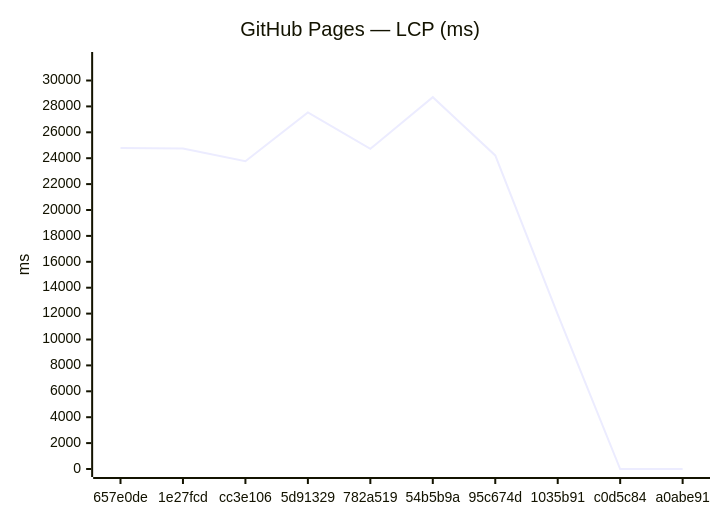
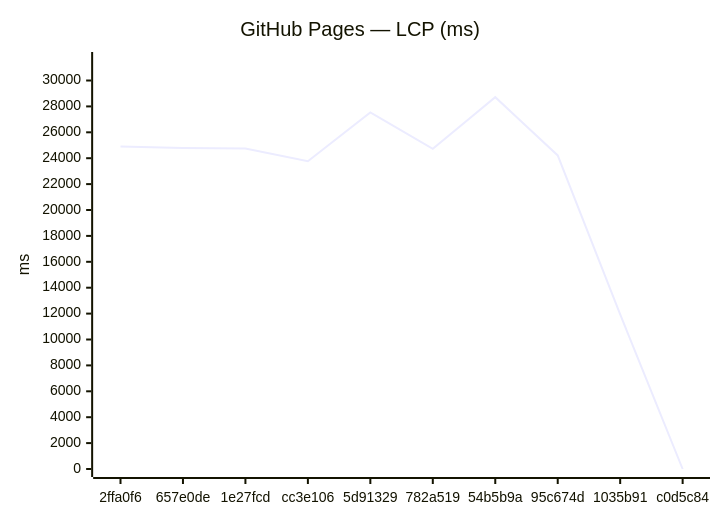
One commit to Metaheurist/Rianell changed the third of 18 diagrams in benchmarks/compare.md. Above: the diagram before and after it, drawn with Mermaid. The commit also changed other lines of this file and 11 other files, not shown here.

````diff
--- a/benchmarks/compare.md
+++ b/benchmarks/compare.md
@@ -54,7 +54,7 @@
 ```mermaid
 xychart-beta
     title "GitHub Pages — LCP (ms)"
-    x-axis ["657e0de", "1e27fcd", "cc3e106", "5d91329", "782a519", "54b5b9a", "95c674d", "1035b91", "c0d5c84", "a0abe91"]
+    x-axis ["2ffa0f6", "657e0de", "1e27fcd", "cc3e106", "5d91329", "782a519", "54b5b9a", "95c674d", "1035b91", "c0d5c84"]
     y-axis "ms" 0 --> 31584
-    line [24797, 24744, 23765, 27536, 24725, 28712, 24213, 11936, 0, 0]
+    line [24910, 24797, 24744, 23765, 27536, 24725, 28712, 24213, 11936, 0]
 ```
````
